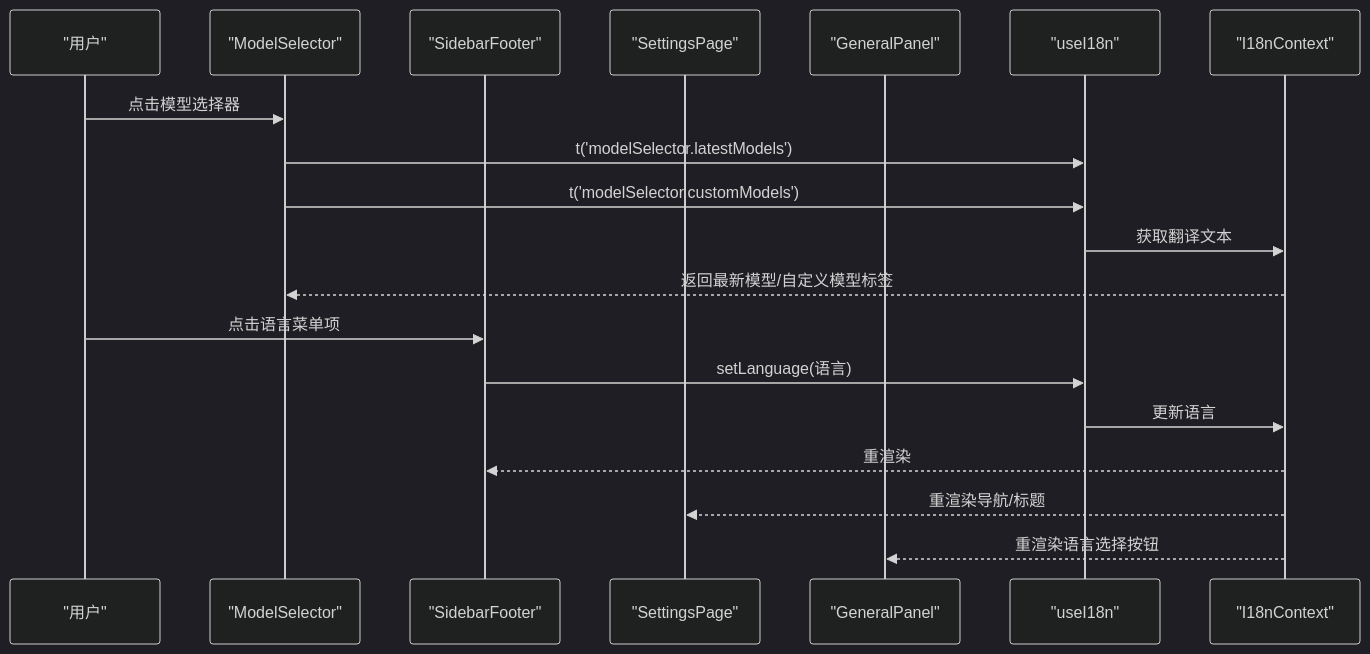
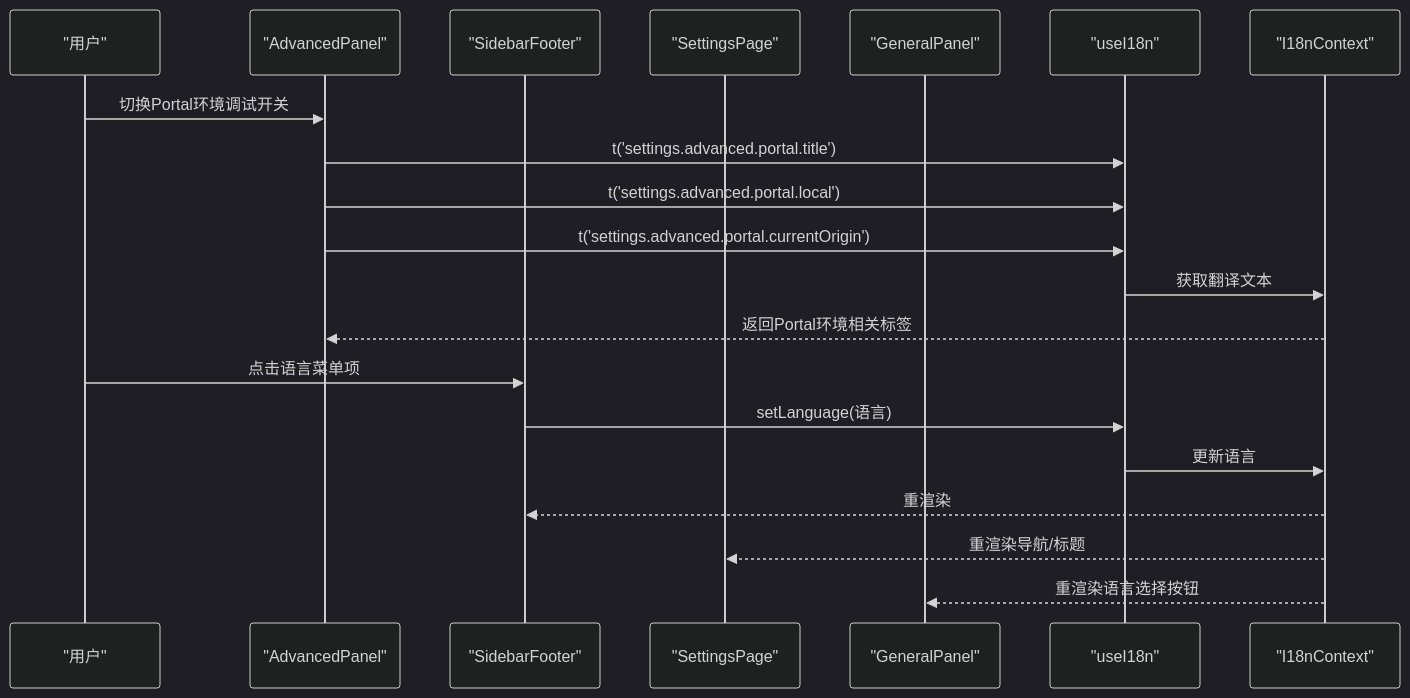
Before and after one commit to RabbitAI-Lab/RabbitCoding: the fifth of 7 diagrams in .qoder/repowiki/zh/content/国际化支持.md, drawn with Mermaid (dark theme). The commit also changed other lines of this file and 36 other files, not shown here.

````diff
--- a/.qoder/repowiki/zh/content/国际化支持.md
+++ b/.qoder/repowiki/zh/content/国际化支持.md
@@ -247,21 +243,22 @@
 ```mermaid
 sequenceDiagram
 participant U as "用户"
-participant MS as "ModelSelector"
+participant AP as "AdvancedPanel"
 participant SF as "SidebarFooter"
 participant SP as "SettingsPage"
 participant GP as "GeneralPanel"
 participant Hook as "useI18n"
 participant Ctx as "I18nContext"
-U->>MS : 点击模型选择器
-MS->>Hook : t('modelSelector.latestModels')
-MS->>Hook : t('modelSelector.customModels')
+U->>AP : 切换Portal环境调试开关
+AP->>Hook : t('settings.advanced.portal.title')
+AP->>Hook : t('settings.advanced.portal.local')
+AP->>Hook : t('settings.advanced.portal.currentOrigin')
 Hook->>Ctx : 获取翻译文本
-Ctx-->>MS : 返回最新模型/自定义模型标签
+Ctx-->>AP : 返回Portal环境相关标签
 U->>SF : 点击语言菜单项
 SF->>Hook : setLanguage(语言)
 Hook->>Ctx : 更新语言
 Ctx-->>SF : 重渲染
 Ctx-->>SP : 重渲染导航/标题
 Ctx-->>GP : 重渲染语言选择按钮
 ```
````
